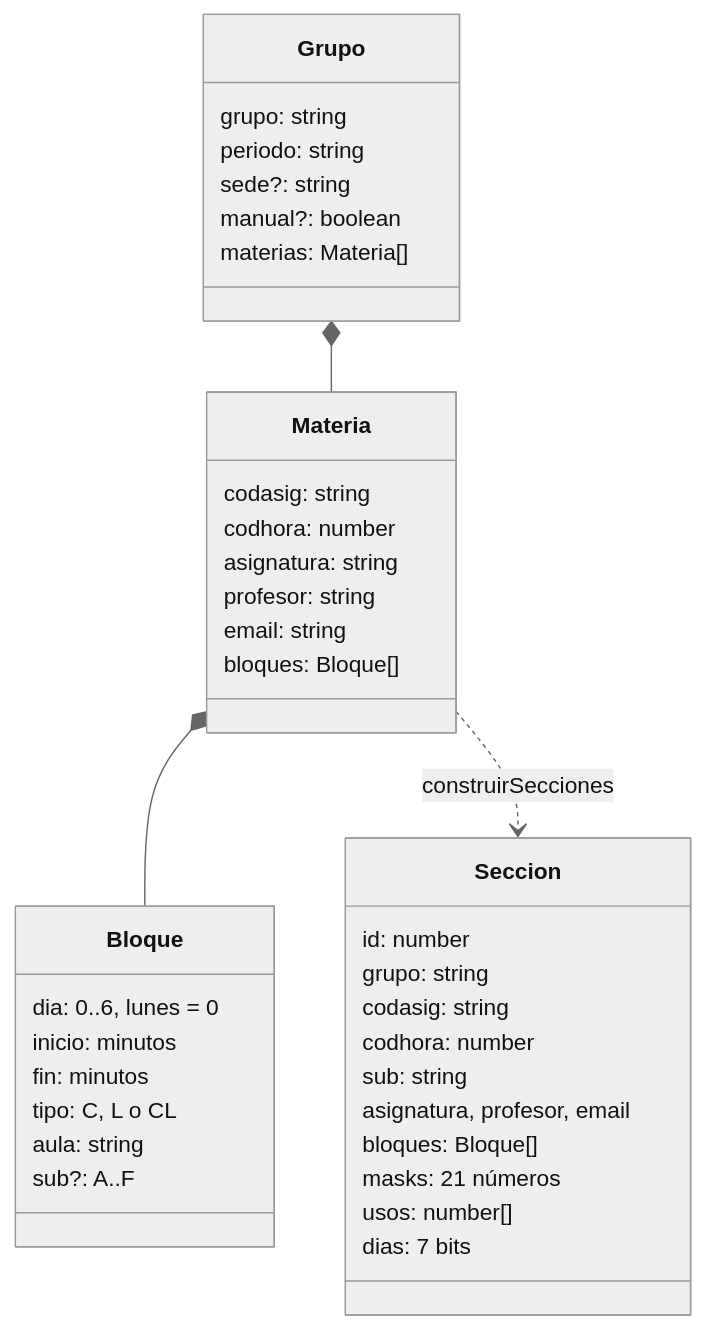
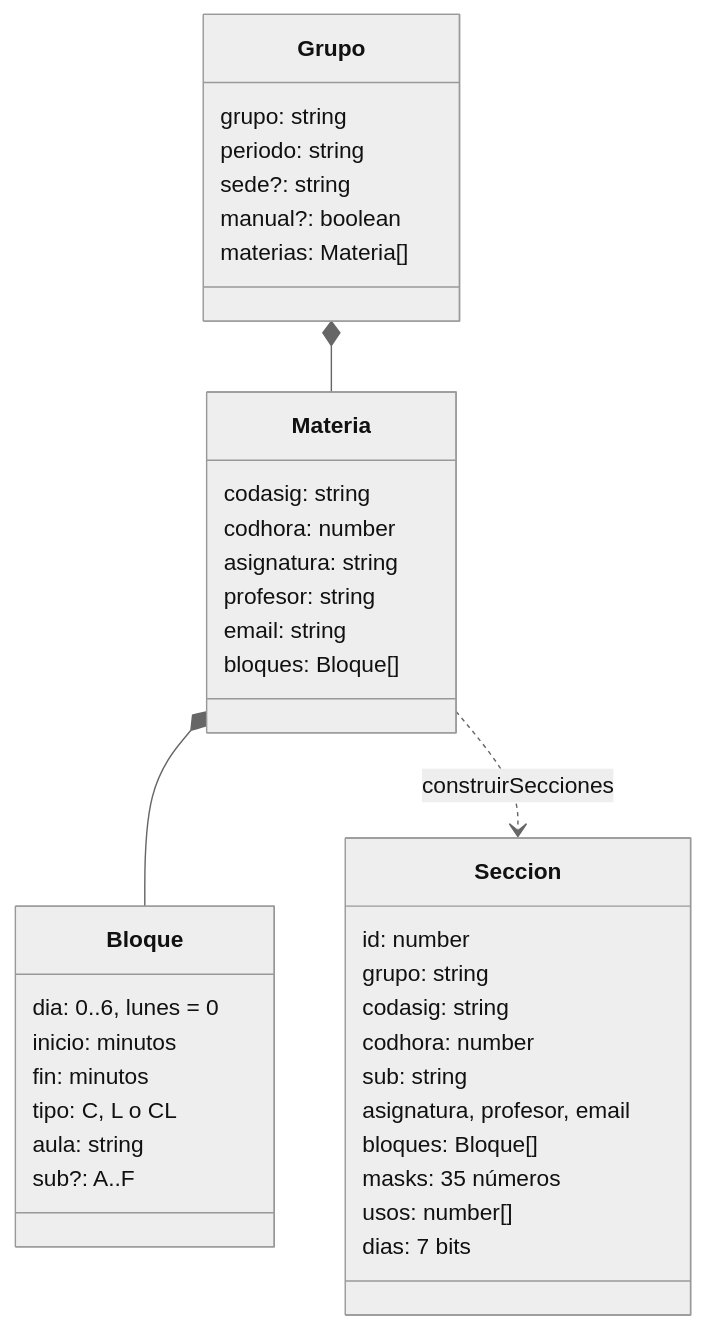
One commit to 1997-bit/prototipo-horautp changed the first of 2 diagrams in docs/03-modelo.md. Above: the diagram before and after it, drawn with Mermaid (neutral theme). The commit also changed other lines of this file and 49 other files, not shown here.

````diff
--- a/docs/03-modelo.md
+++ b/docs/03-modelo.md
@@ -7,41 +7,41 @@
 ```mermaid
 classDiagram
   class Grupo {
     grupo: string
     periodo: string
     sede?: string
     manual?: boolean
     materias: Materia[]
   }
   class Materia {
     codasig: string
     codhora: number
     asignatura: string
     profesor: string
     email: string
     bloques: Bloque[]
   }
   class Bloque {
     dia: 0..6, lunes = 0
     inicio: minutos
     fin: minutos
     tipo: C, L o CL
     aula: string
     sub?: A..F
   }
   class Seccion {
     id: number
     grupo: string
     codasig: string
     codhora: number
     sub: string
     asignatura, profesor, email
     bloques: Bloque[]
-    masks: 21 números
+    masks: 35 números
     usos: number[]
     dias: 7 bits
   }
   Grupo *-- Materia
   Materia *-- Bloque
   Materia ..> Seccion : construirSecciones
 ```
````
